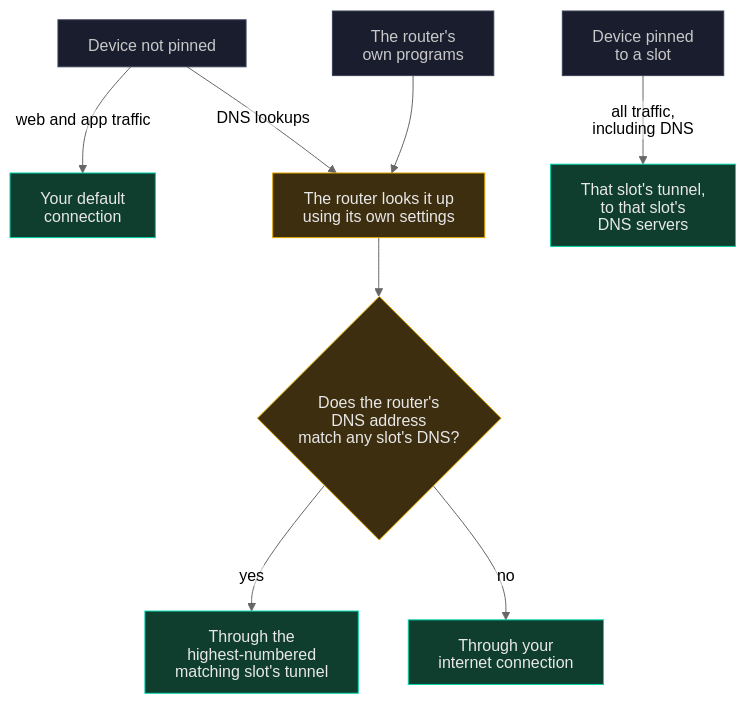
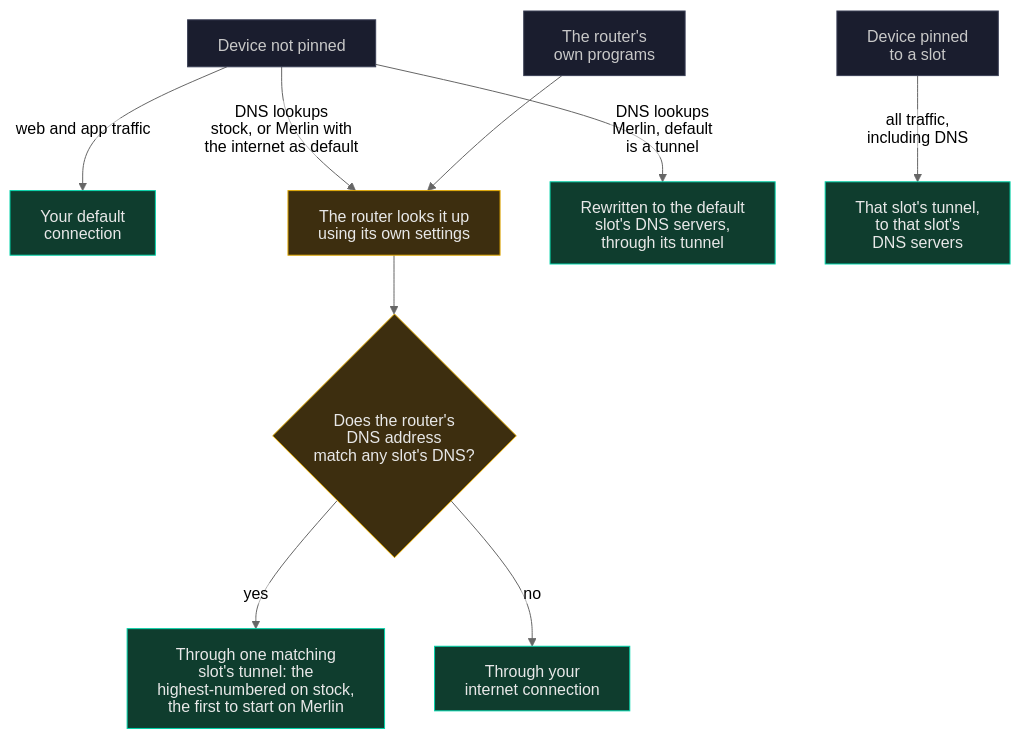
One commit to ExponentiallyDigital/cfg-pia-wg changed the first of 5 diagrams in ROUTER-DNS.md. Above: the diagram before and after it, drawn with Mermaid (neutral theme). The commit also changed other lines of this file and 22 other files, not shown here.

Commit message:
v0.8.217 build 587 - the project's process rules move into CHANGE-PROCESS.md, Merlin's DNS is measured and the DNS documentation corrected for both firmwares, and the DNS work is mapped in one plan

````diff
--- a/ROUTER-DNS.md
+++ b/ROUTER-DNS.md
@@ -48,19 +50,20 @@
 ```mermaid
 %%{init: {"htmlLabels": false, "flowchart": {"wrappingWidth": 400}}}%%
 flowchart TB
   U["Device not pinned"] -- "web and app traffic" --> DC["Your default<br/>connection"]
-  U -- "DNS lookups" --> R["The router looks it up<br/>using its own settings"]
+  U -- "DNS lookups<br/>stock, or Merlin with<br/>the internet as default" --> R["The router looks it up<br/>using its own settings"]
+  U -- "DNS lookups<br/>Merlin, default<br/>is a tunnel" --> MD["Rewritten to the default<br/>slot's DNS servers,<br/>through its tunnel"]
   RP["The router's<br/>own programs"] --> R
   R --> Q{"Does the router's<br/>DNS address<br/>match any slot's DNS?"}
-  Q -- "yes" --> HS["Through the<br/>highest-numbered<br/>matching slot's tunnel"]
+  Q -- "yes" --> HS["Through one matching<br/>slot's tunnel: the<br/>highest-numbered on stock,<br/>the first to start on Merlin"]
   Q -- "no" --> NET["Through your<br/>internet connection"]
   P["Device pinned<br/>to a slot"] -- "all traffic,<br/>including DNS" --> PS["That slot's tunnel,<br/>to that slot's<br/>DNS servers"]
 
   classDef go fill:#0F3D2E,stroke:#00D4AA,color:#E8E8E8
   classDef bad fill:#3D1A1A,stroke:#E05252,color:#E8E8E8
   classDef work fill:#3D2E0F,stroke:#E0A800,color:#E8E8E8
   classDef step fill:#1A1D2E,stroke:#3A3F55,color:#C8C8C8
   class U,P,RP step
   class R,Q work
-  class DC,HS,NET,PS go
+  class DC,HS,NET,PS,MD go
 ```
````
